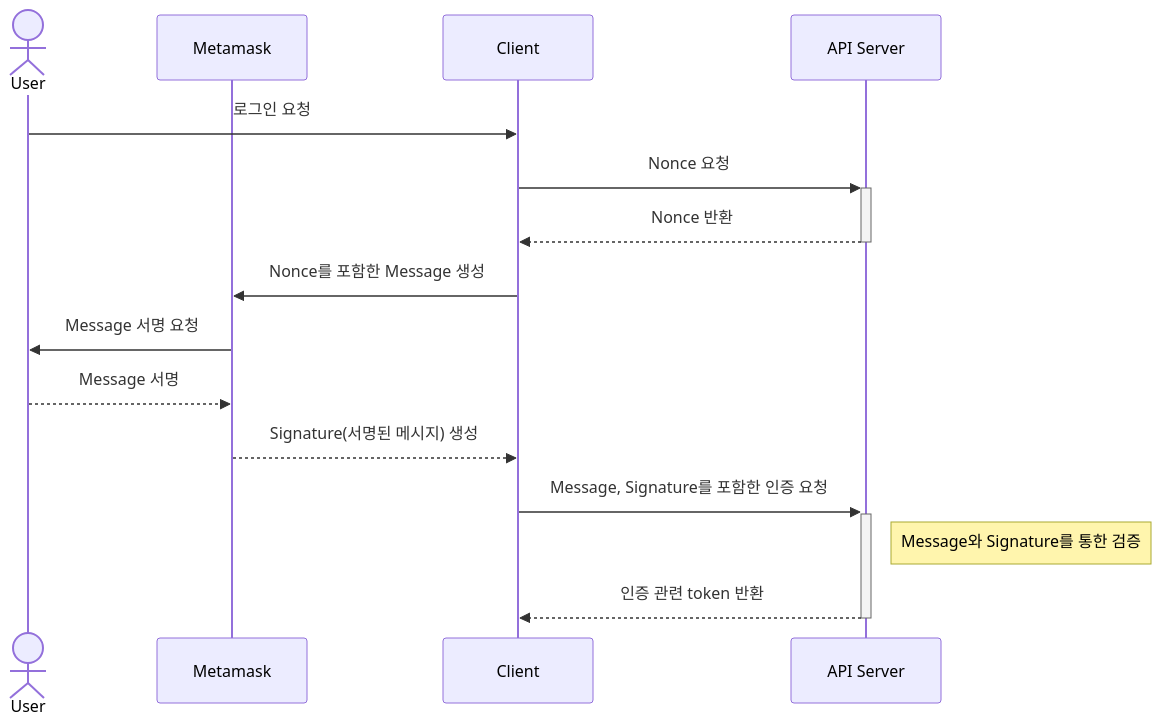
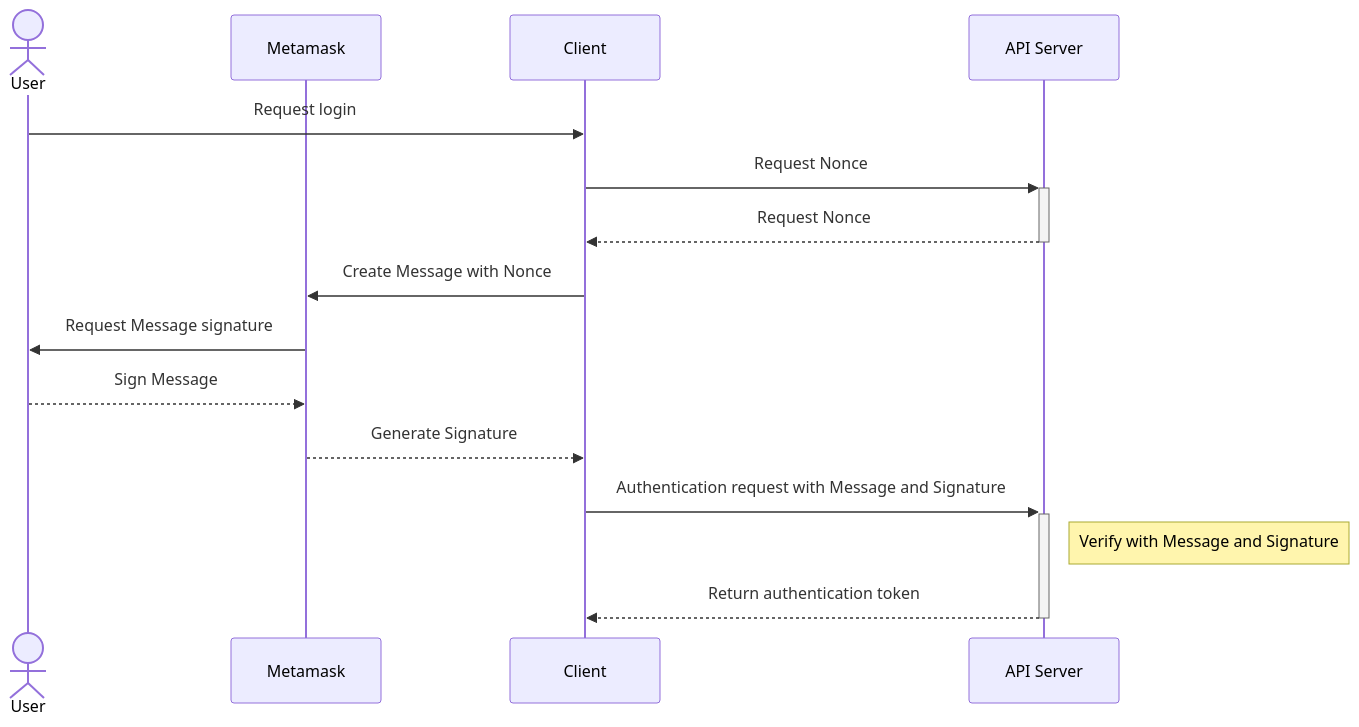
The diagram in README.md (DogyeomPark/nextjs-boilerplate), drawn with Mermaid before and after one commit. The commit also changed other lines of this file, not shown here.

````diff
--- a/README.md
+++ b/README.md
@@ -134,20 +134,20 @@
 ```mermaid
 sequenceDiagram
 	actor User
   participant Metamask
 	participant Client
   participant API Server
 
-	User ->> Client: 로그인 요청
-	Client ->> +API Server: Nonce 요청
-	API Server -->> -Client: Nonce 반환
+	User ->> Client: Request login
+	Client ->> +API Server: Request Nonce
+	API Server -->> -Client: Request Nonce
 
-  Client ->> Metamask: Nonce를 포함한 Message 생성
-	Metamask ->> User: Message 서명 요청
-	User -->> Metamask: Message 서명
-	Metamask -->> Client: Signature(서명된 메시지) 생성
+  Client ->> Metamask: Create Message with Nonce
+	Metamask ->> User: Request Message signature
+	User -->> Metamask: Sign Message
+	Metamask -->> Client: Generate Signature
 
-	Client ->> +API Server: Message, Signature를 포함한 인증 요청
-	Note right of API Server: Message와 Signature를 통한 검증
-	API Server -->> -Client: 인증 관련 token 반환
+	Client ->> +API Server: Authentication request with Message and Signature
+	Note right of API Server: Verify with Message and Signature
+	API Server -->> -Client: Return authentication token
 ```
````
